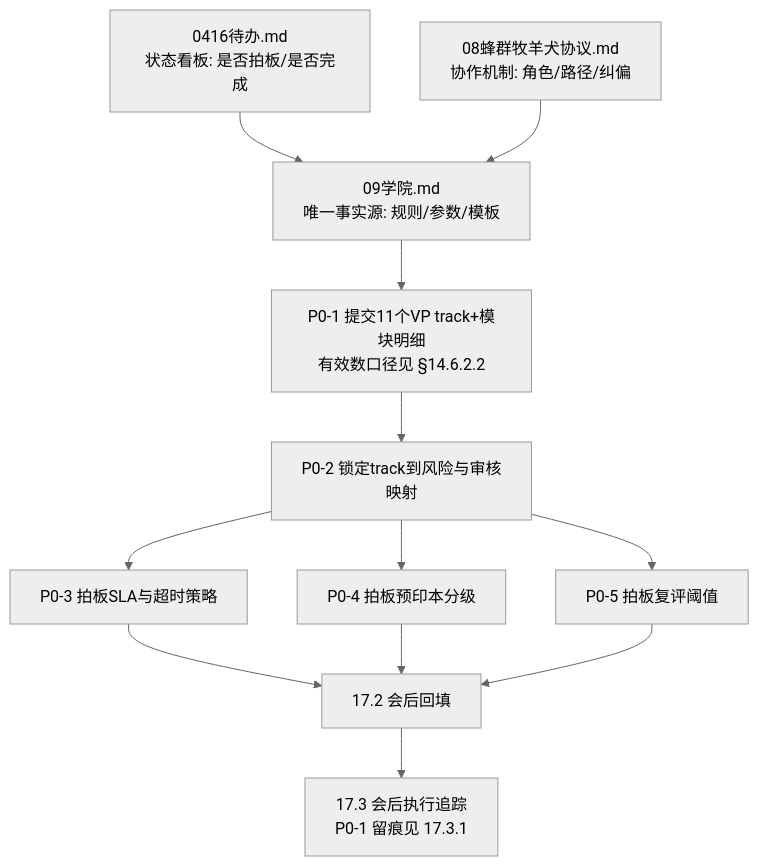
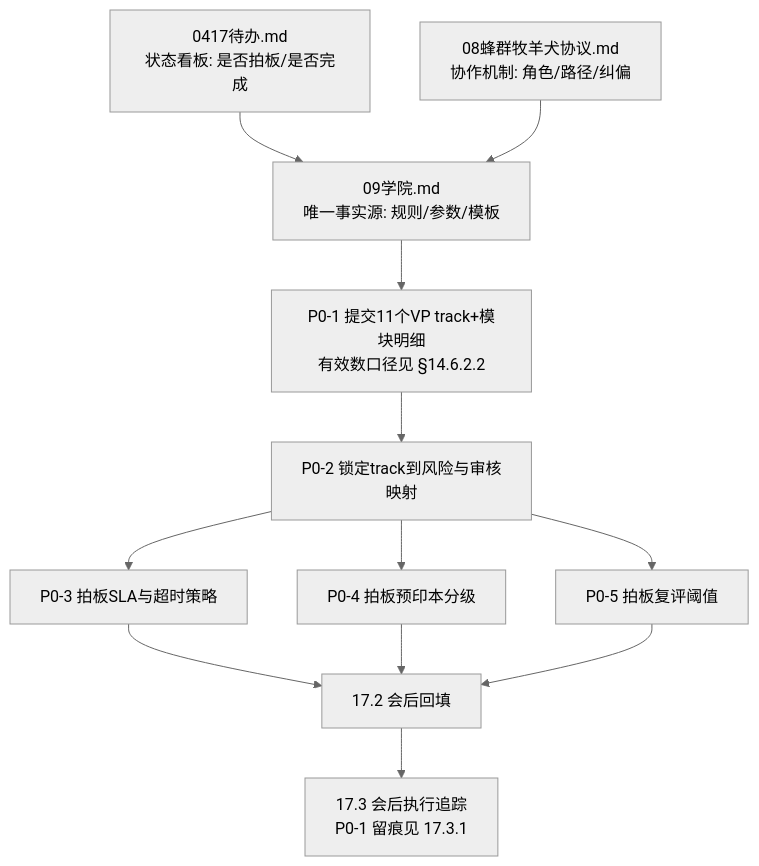
Before and after one commit to kailin58/Flow-harness-03: the third of 4 diagrams in meeting/20260418升级总结/09学院（可跑顺、可闭环、可扩展）.md, drawn with Mermaid (neutral theme). The commit also changed other lines of this file and 6 other files, not shown here.

````diff
--- a/meeting/20260418升级总结/09学院（可跑顺、可闭环、可扩展）.md
+++ b/meeting/20260418升级总结/09学院（可跑顺、可闭环、可扩展）.md
@@ -1047,16 +1087,16 @@
 ```mermaid
 flowchart TD
-    A[0416待办.md<br/>状态看板: 是否拍板/是否完成] --> B[09学院.md<br/>唯一事实源: 规则/参数/模板]
+    A[0417待办.md<br/>状态看板: 是否拍板/是否完成] --> B[09学院.md<br/>唯一事实源: 规则/参数/模板]
     C[08蜂群牧羊犬协议.md<br/>协作机制: 角色/路径/纠偏] --> B
 
     B --> D[P0-1 提交11个VP track+模块明细<br/>有效数口径见 §14.6.2.2]
     D --> E[P0-2 锁定track到风险与审核映射]
     E --> F[P0-3 拍板SLA与超时策略]
     E --> G[P0-4 拍板预印本分级]
     E --> H[P0-5 拍板复评阈值]
 
     F --> I[17.2 会后回填]
     G --> I
     H --> I
     I --> J[17.3 会后执行追踪<br/>P0-1 留痕见 17.3.1]
 ```
````
